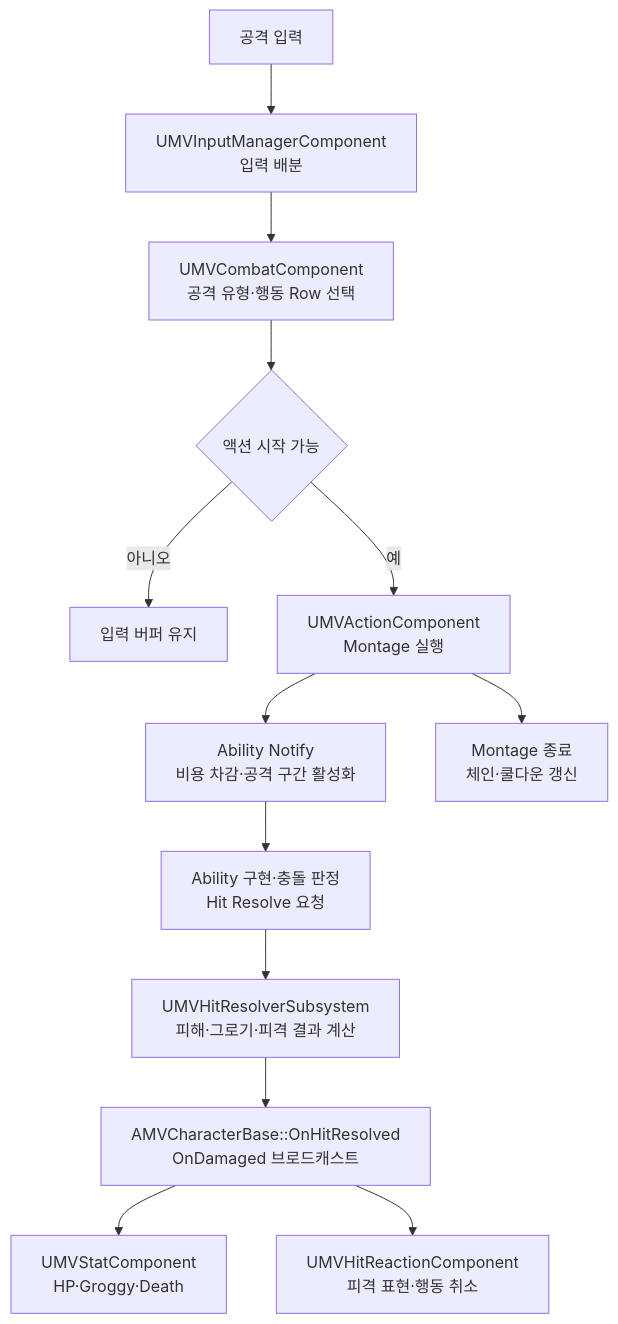
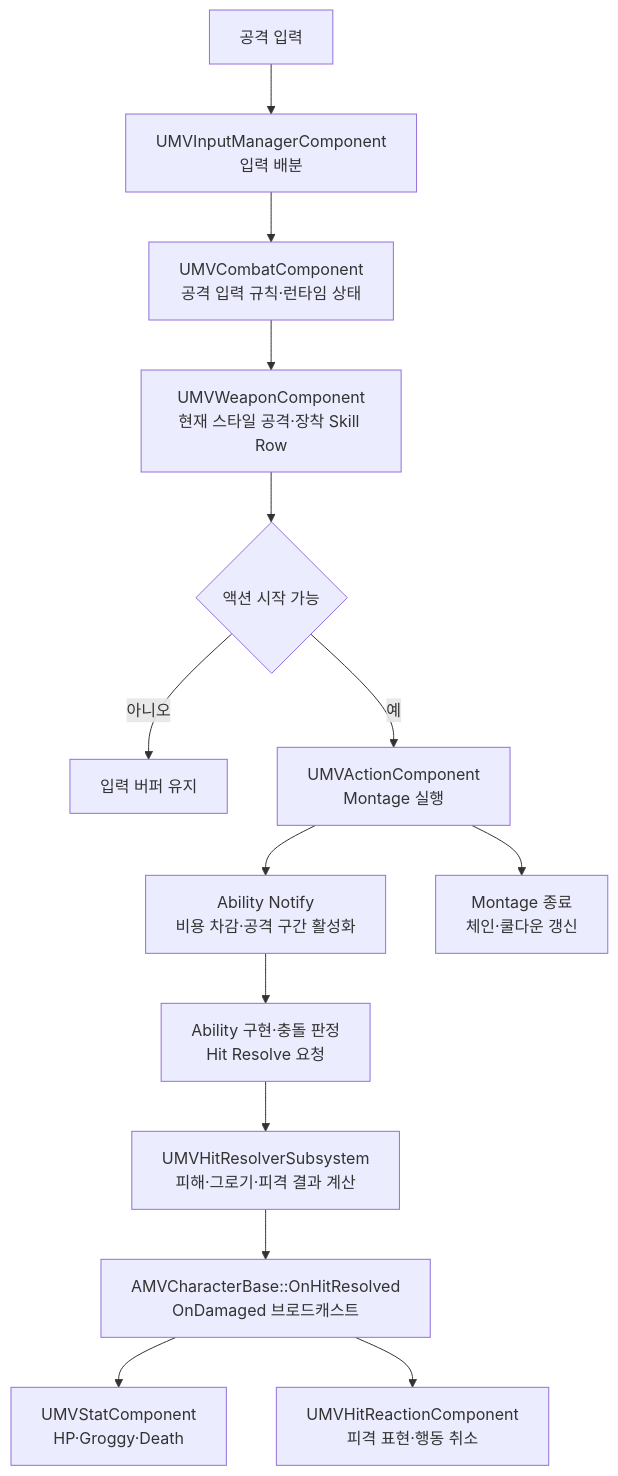
One commit to DreamersStudio3/Maverick changed the first of 2 diagrams in docs/wiki/Features/Combat/Combat-System/document.md. Above: the diagram before and after it, drawn with Mermaid. The commit also changed other lines of this file and 4 other files, not shown here.

````diff
--- a/docs/wiki/Features/Combat/Combat-System/document.md
+++ b/docs/wiki/Features/Combat/Combat-System/document.md
@@ -19,15 +19,16 @@
 ```mermaid
 flowchart TD
     Input["공격 입력"] --> Manager["UMVInputManagerComponent<br/>입력 배분"]
-    Manager --> Combat["UMVCombatComponent<br/>공격 유형·행동 Row 선택"]
-    Combat --> Gate{"액션 시작 가능"}
+    Manager --> Combat["UMVCombatComponent<br/>공격 입력 규칙·런타임 상태"]
+    Combat --> Weapon["UMVWeaponComponent<br/>현재 스타일 공격·장착 Skill Row"]
+    Weapon --> Gate{"액션 시작 가능"}
     Gate -->|아니오| Buffer["입력 버퍼 유지"]
     Gate -->|예| Action["UMVActionComponent<br/>Montage 실행"]
     Action --> Notify["Ability Notify<br/>비용 차감·공격 구간 활성화"]
     Notify --> Hit["Ability 구현·충돌 판정<br/>Hit Resolve 요청"]
     Hit --> Resolver["UMVHitResolverSubsystem<br/>피해·그로기·피격 결과 계산"]
     Resolver --> Damaged["AMVCharacterBase::OnHitResolved<br/>OnDamaged 브로드캐스트"]
     Damaged --> Stat["UMVStatComponent<br/>HP·Groggy·Death"]
     Damaged --> Reaction["UMVHitReactionComponent<br/>피격 표현·행동 취소"]
     Action --> End["Montage 종료<br/>체인·쿨다운 갱신"]
 ```
````
